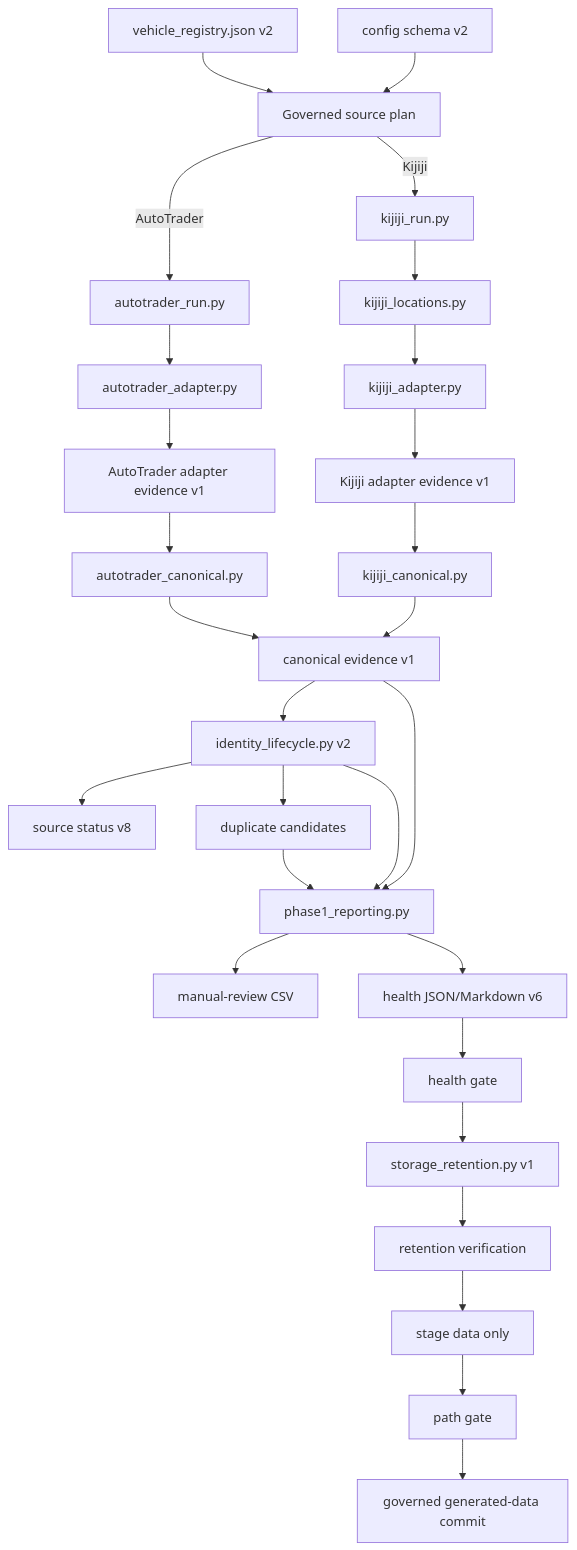
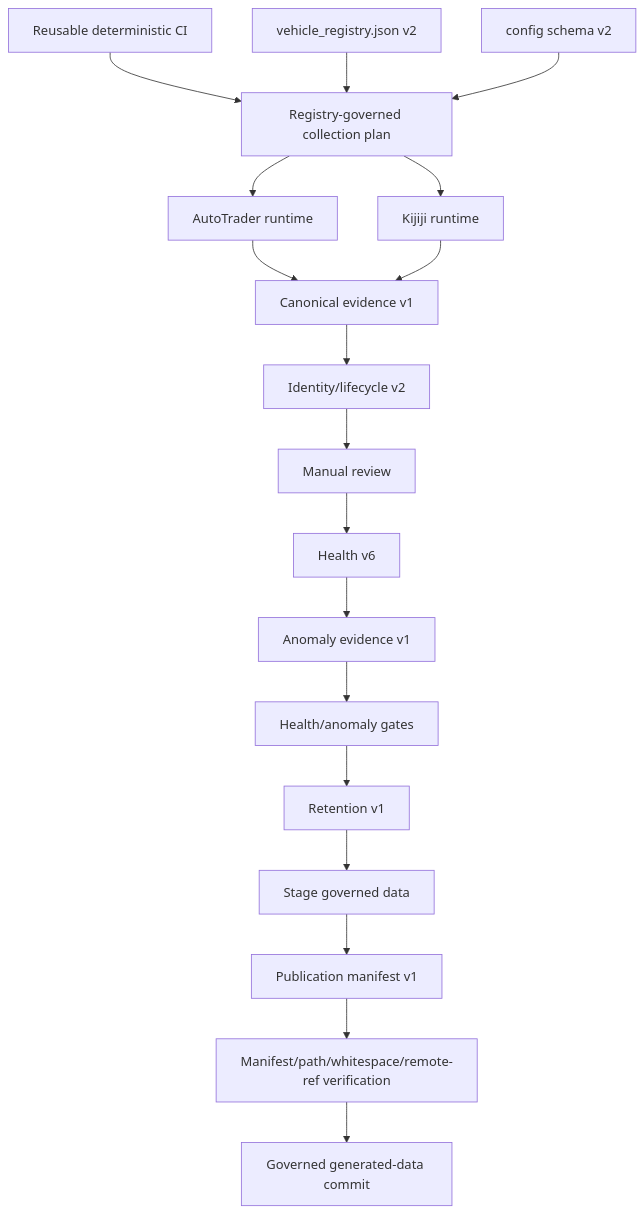
One commit to Stryker-maker/vehicle_scraper changed the diagram in docs/ARCHITECTURE_AND_DATA_FLOW.md. Above: the diagram before and after it, drawn with Mermaid. The commit also changed other lines of this file, not shown here.

Commit message:
Align architecture with separated reproducible workflows

````diff
--- a/docs/ARCHITECTURE_AND_DATA_FLOW.md
+++ b/docs/ARCHITECTURE_AND_DATA_FLOW.md
@@ -141,33 +113,20 @@
 ```mermaid
 flowchart TD
-    R[vehicle_registry.json v2] --> P[Governed source plan]
+    CI[Reusable deterministic CI] --> P[Registry-governed collection plan]
+    R[vehicle_registry.json v2] --> P
     C[config schema v2] --> P
-
-    P -->|AutoTrader| AR[autotrader_run.py]
-    AR --> AA[autotrader_adapter.py]
-    AA --> AE[AutoTrader adapter evidence v1]
-    AE --> AC[autotrader_canonical.py]
-
-    P -->|Kijiji| KR[kijiji_run.py]
-    KR --> KL[kijiji_locations.py]
-    KL --> KA[kijiji_adapter.py]
-    KA --> KE[Kijiji adapter evidence v1]
-    KE --> KC[kijiji_canonical.py]
-
-    AC --> CE[canonical evidence v1]
-    KC --> CE
-    CE --> IL[identity_lifecycle.py v2]
-    IL --> IS[source status v8]
-    IL --> DC[duplicate candidates]
-    CE --> MR[phase1_reporting.py]
-    IL --> MR
-    DC --> MR
-    MR --> CSV[manual-review CSV]
-    MR --> H[health JSON/Markdown v6]
-    H --> HG[health gate]
-    HG --> SR[storage_retention.py v1]
-    SR --> RV[retention verification]
-    RV --> SD[stage data only]
-    SD --> PG[path gate]
-    PG --> GC[governed generated-data commit]
+    P --> AR[AutoTrader runtime]
+    P --> KR[Kijiji runtime]
+    AR --> CE[Canonical evidence v1]
+    KR --> CE
+    CE --> IL[Identity/lifecycle v2]
+    IL --> MR[Manual review]
+    MR --> H[Health v6]
+    H --> A[Anomaly evidence v1]
+    A --> HG[Health/anomaly gates]
+    HG --> SR[Retention v1]
+    SR --> S[Stage governed data]
+    S --> PM[Publication manifest v1]
+    PM --> V[Manifest/path/whitespace/remote-ref verification]
+    V --> GC[Governed generated-data commit]
 ```
````
